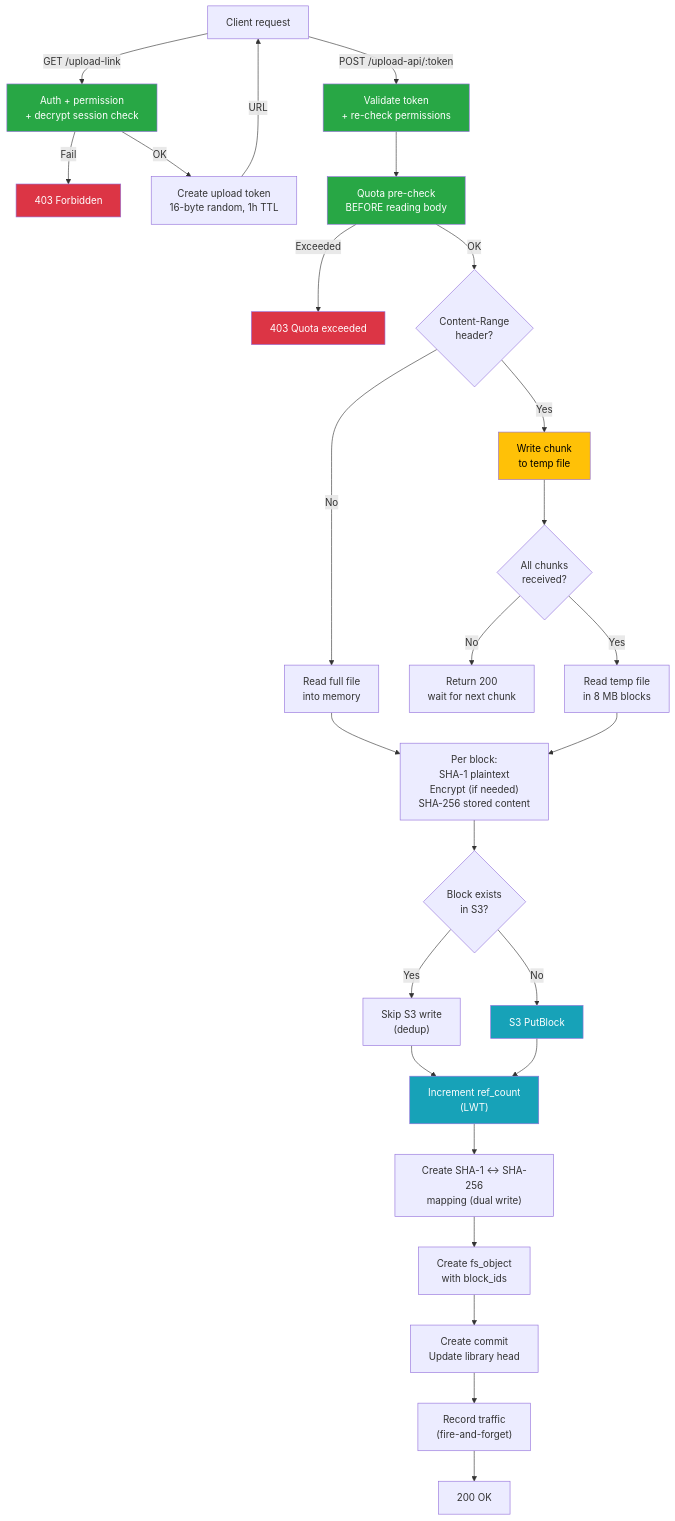
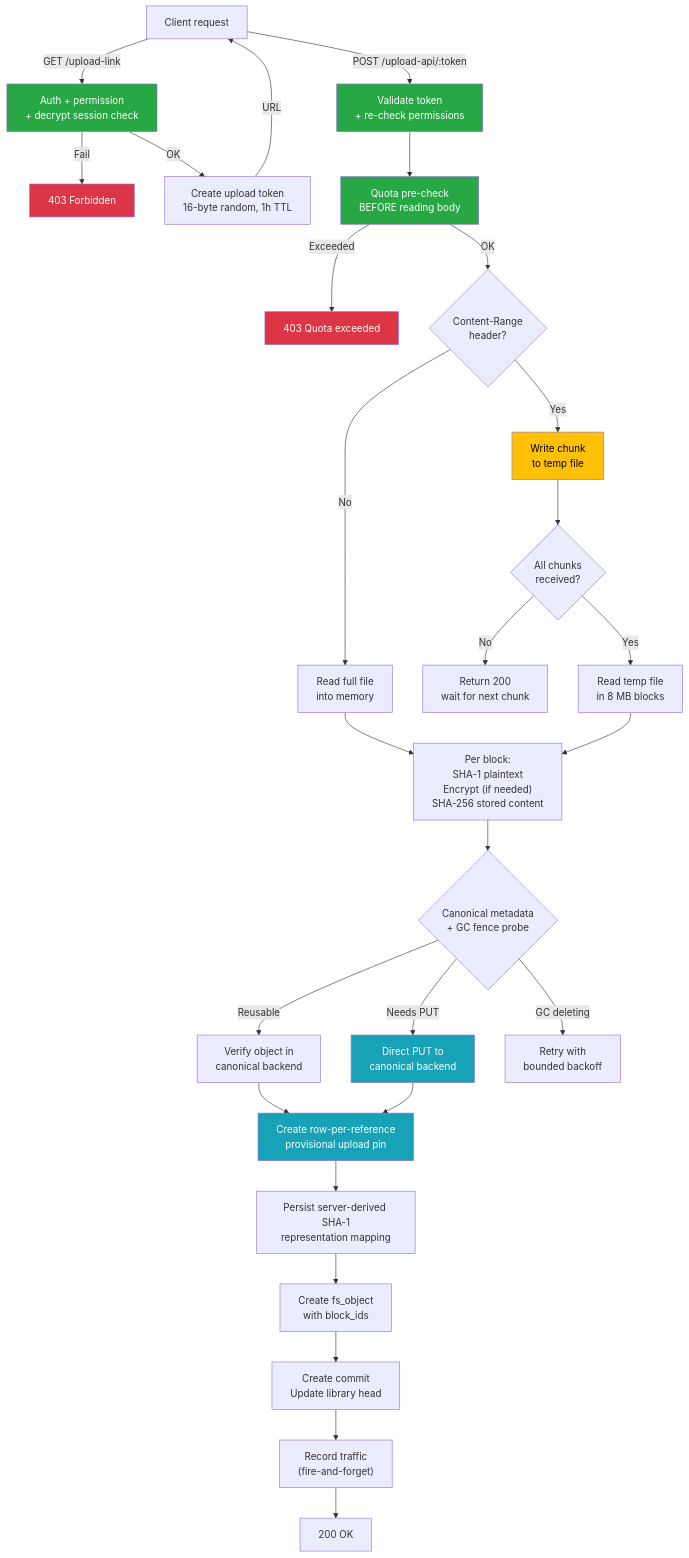
One commit to Sesame-Disk/cool-storage-api changed the first of 5 diagrams in docs/diagrams/upload-download-flow.md. Above: the diagram before and after it, drawn with Mermaid. The commit also changed other lines of this file and 43 other files, not shown here.

````diff
--- a/docs/diagrams/upload-download-flow.md
+++ b/docs/diagrams/upload-download-flow.md
@@ -19,44 +19,45 @@
 ```mermaid
 flowchart TD
     Client["Client request"]
     Client -->|"GET /upload-link"| Auth["Auth + permission<br/>+ decrypt session check"]
     Auth -->|Fail| R403["403 Forbidden"]
     Auth -->|OK| Token["Create upload token<br/>16-byte random, 1h TTL"]
     Token -->|URL| Client
 
     Client -->|"POST /upload-api/:token"| ValidateToken["Validate token<br/>+ re-check permissions"]
     ValidateToken --> Quota["Quota pre-check<br/>BEFORE reading body"]
     Quota -->|Exceeded| R403b["403 Quota exceeded"]
 
     Quota -->|OK| Size{"Content-Range<br/>header?"}
     Size -->|No| SingleShot["Read full file<br/>into memory"]
     Size -->|Yes| Chunked["Write chunk<br/>to temp file"]
 
     Chunked --> Complete{"All chunks<br/>received?"}
     Complete -->|No| Wait["Return 200<br/>wait for next chunk"]
     Complete -->|Yes| Finalize["Read temp file<br/>in 8 MB blocks"]
 
     SingleShot --> Process
     Finalize --> Process["Per block:<br/>SHA-1 plaintext<br/>Encrypt (if needed)<br/>SHA-256 stored content"]
 
-    Process --> Dedup{"Block exists<br/>in S3?"}
-    Dedup -->|Yes| SkipStore["Skip S3 write<br/>(dedup)"]
-    Dedup -->|No| S3Put["S3 PutBlock"]
+    Process --> Probe{"Canonical metadata<br/>+ GC fence probe"}
+    Probe -->|Reusable| Verify["Verify object in<br/>canonical backend"]
+    Probe -->|Needs PUT| S3Put["Direct PUT to<br/>canonical backend"]
+    Probe -->|GC deleting| Retry["Retry with<br/>bounded backoff"]
 
-    SkipStore --> RefCount["Increment ref_count<br/>(LWT)"]
-    S3Put --> RefCount
-    RefCount --> Mapping["Create SHA-1 ↔ SHA-256<br/>mapping (dual write)"]
+    Verify --> Pin["Create row-per-reference<br/>provisional upload pin"]
+    S3Put --> Pin
+    Pin --> Mapping["Persist server-derived SHA-1<br/>representation mapping"]
     Mapping --> FSObj["Create fs_object<br/>with block_ids"]
     FSObj --> Commit["Create commit<br/>Update library head"]
     Commit --> Traffic["Record traffic<br/>(fire-and-forget)"]
     Traffic --> OK["200 OK"]
 
     style Auth fill:#28a745,color:#fff
     style ValidateToken fill:#28a745,color:#fff
     style Quota fill:#28a745,color:#fff
     style S3Put fill:#17a2b8,color:#fff
-    style RefCount fill:#17a2b8,color:#fff
+    style Pin fill:#17a2b8,color:#fff
     style Chunked fill:#ffc107,color:#000
     style R403 fill:#dc3545,color:#fff
     style R403b fill:#dc3545,color:#fff
 ```
````
